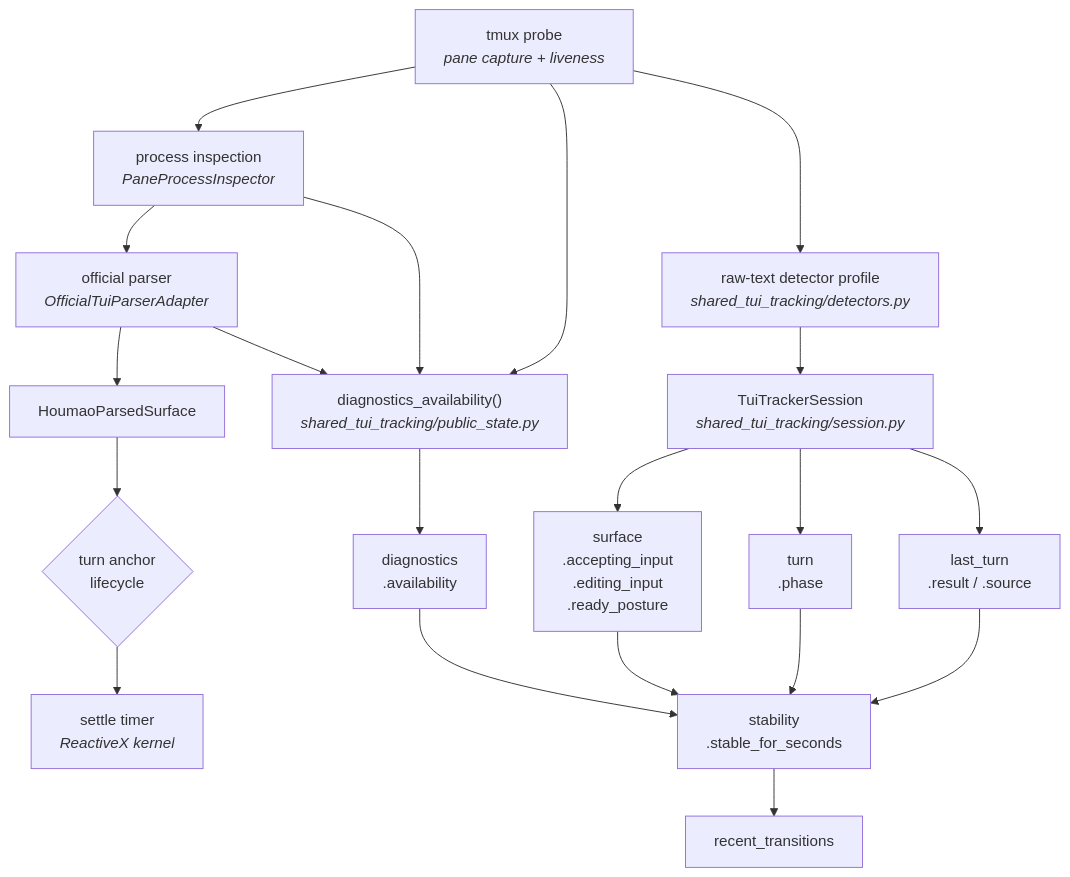
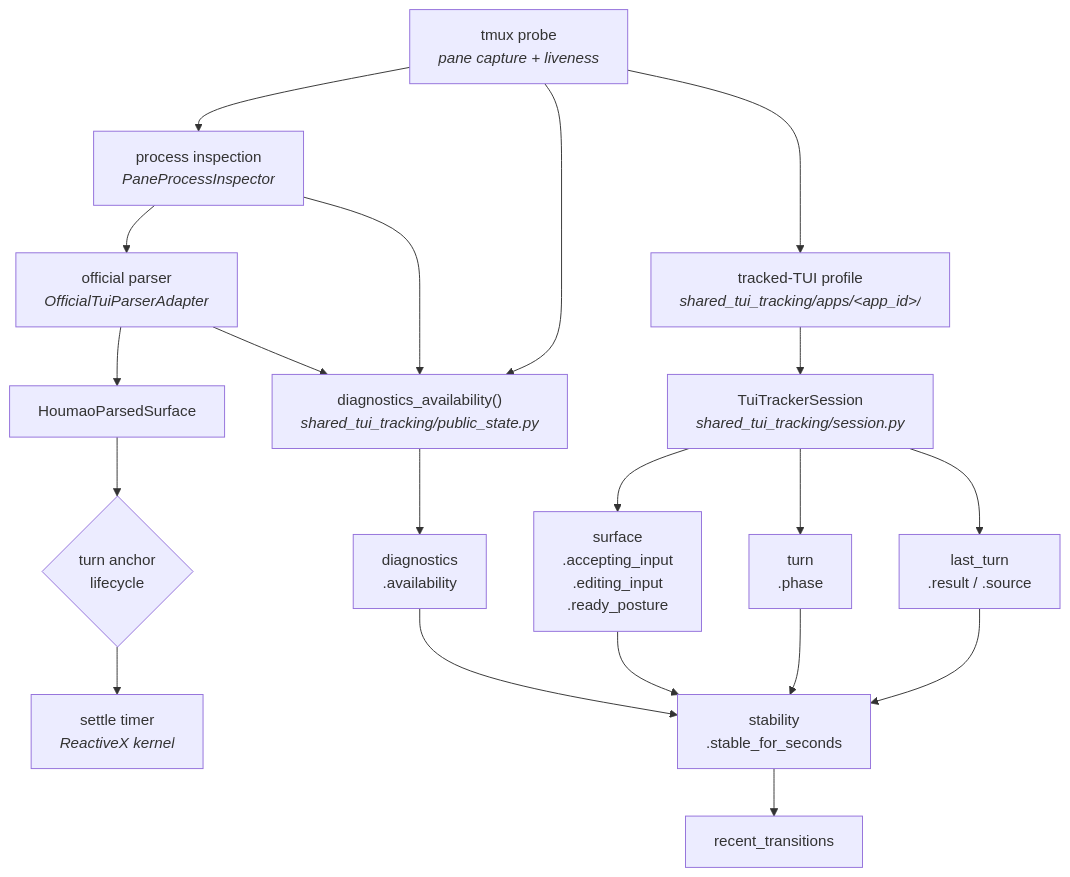
The fifth of 5 diagrams in docs/developer/houmao-server/state-transitions.md (igamenovoer/houmao), drawn with Mermaid before and after one commit. The commit also changed other lines of this file and 30 other files, not shown here.

Commit message:
feat: add codex tui state tracking

````diff
--- a/docs/developer/houmao-server/state-transitions.md
+++ b/docs/developer/houmao-server/state-transitions.md
@@ -141,36 +143,36 @@
 ```mermaid
 flowchart TD
     Probe["tmux probe<br/><i>pane capture + liveness</i>"]
     Proc["process inspection<br/><i>PaneProcessInspector</i>"]
     Parse["official parser<br/><i>OfficialTuiParserAdapter</i>"]
     Surf["HoumaoParsedSurface"]
-    Detect["raw-text detector profile<br/><i>shared_tui_tracking/detectors.py</i>"]
+    Detect["tracked-TUI profile<br/><i>shared_tui_tracking/apps/&lt;app_id&gt;/</i>"]
     Shared["TuiTrackerSession<br/><i>shared_tui_tracking/session.py</i>"]
     MapDiag["diagnostics_availability()<br/><i>shared_tui_tracking/public_state.py</i>"]
     Anchor{"turn anchor<br/>lifecycle"}
     Settle["settle timer<br/><i>ReactiveX kernel</i>"]
     PubDiag["diagnostics<br/>.availability"]
     PubSurf["surface<br/>.accepting_input<br/>.editing_input<br/>.ready_posture"]
     PubTurn["turn<br/>.phase"]
     PubLast["last_turn<br/>.result / .source"]
     Stable["stability<br/>.stable_for_seconds"]
     Hist["recent_transitions"]
 
     Probe --> Proc --> Parse --> Surf
     Probe --> MapDiag
     Proc --> MapDiag
     Parse --> MapDiag
     Probe --> Detect
     Detect --> Shared
     Shared --> PubSurf
     Shared --> PubTurn
     Shared --> PubLast
     MapDiag --> PubDiag
     Surf --> Anchor
     Anchor --> Settle
     PubDiag --> Stable
     PubSurf --> Stable
     PubTurn --> Stable
     PubLast --> Stable
     Stable --> Hist
 ```
````
